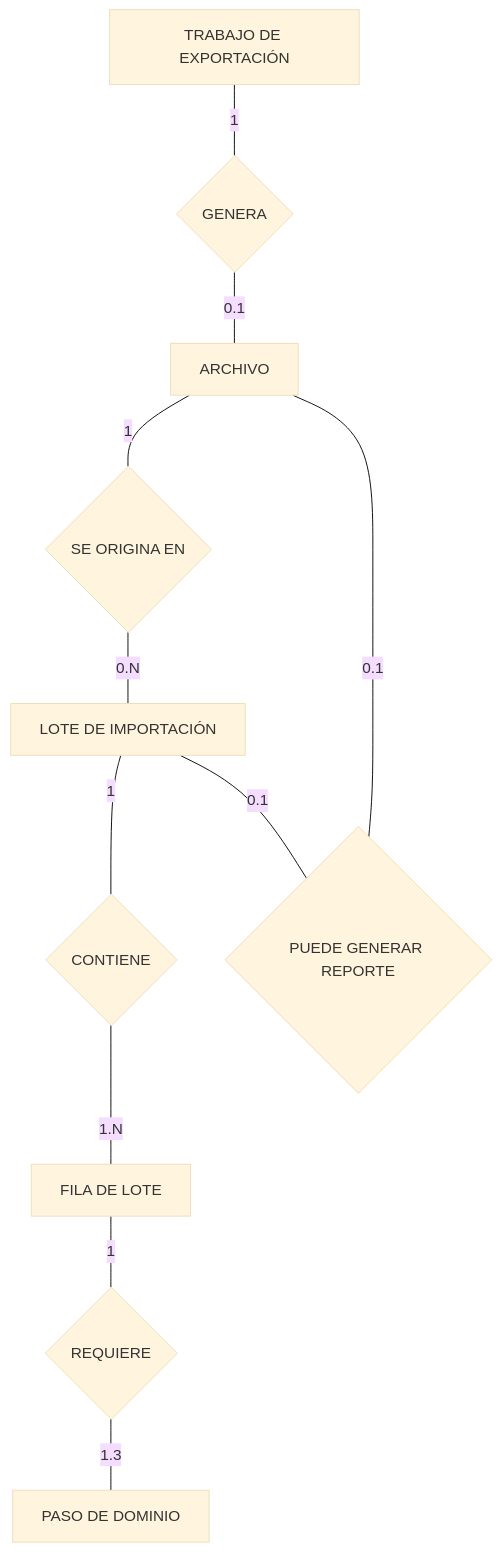
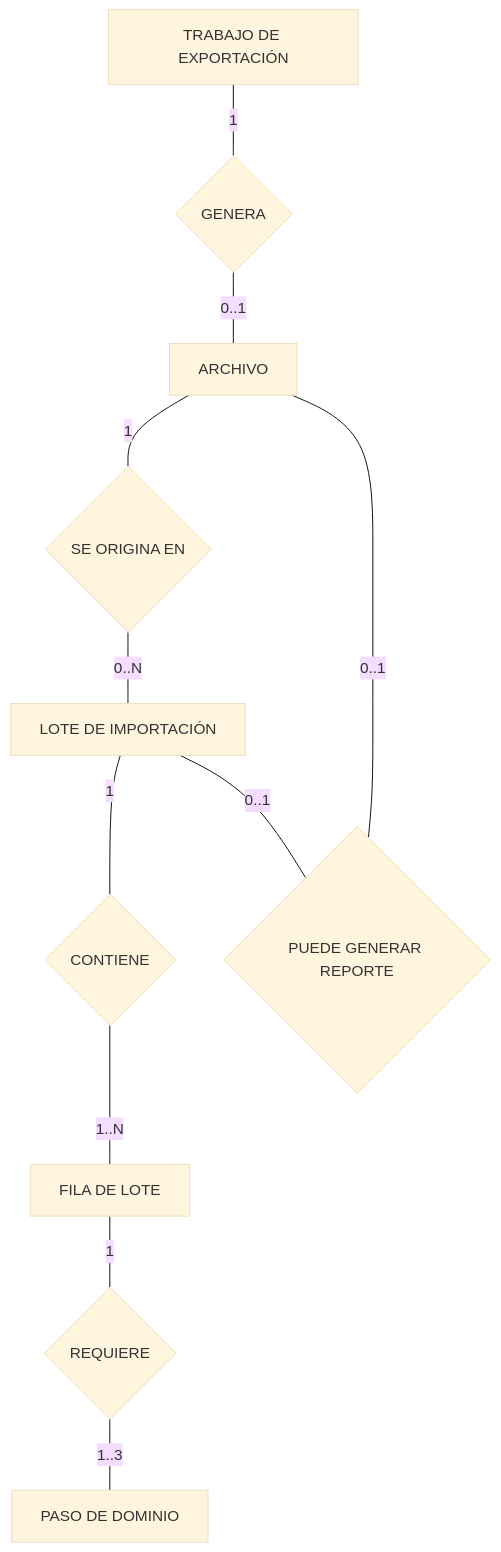
One commit to Taller-SW-Web/G6-Productos-Ofertas-docs changed the tenth of 10 diagrams in Modelo_Conceptual.md. Above: the diagram before and after it, drawn with Mermaid (base theme). The commit also changed other lines of this file and 11 other files, not shown here.

````diff
--- a/Modelo_Conceptual.md
+++ b/Modelo_Conceptual.md
@@ -1064,29 +1092,29 @@
 ```mermaid
 flowchart TB
   FILE["ARCHIVO"]
   BATCH["LOTE DE IMPORTACIÓN"]
   ROW["FILA DE LOTE"]
   STEP["PASO DE DOMINIO"]
   EXPORT["TRABAJO DE EXPORTACIÓN"]
 
   R_INPUT{"SE ORIGINA EN"}
   R_ROWS{"CONTIENE"}
   R_STEPS{"REQUIERE"}
   R_REPORT{"PUEDE GENERAR REPORTE"}
   R_EXPORT{"GENERA"}
 
   FILE ---|"1"| R_INPUT
-  R_INPUT ---|"0.N"| BATCH
+  R_INPUT ---|"0..N"| BATCH
 
   BATCH ---|"1"| R_ROWS
-  R_ROWS ---|"1.N"| ROW
+  R_ROWS ---|"1..N"| ROW
 
   ROW ---|"1"| R_STEPS
-  R_STEPS ---|"1.3"| STEP
+  R_STEPS ---|"1..3"| STEP
 
-  BATCH ---|"0.1"| R_REPORT
-  R_REPORT ---|"0.1"| FILE
+  BATCH ---|"0..1"| R_REPORT
+  R_REPORT ---|"0..1"| FILE
 
   EXPORT ---|"1"| R_EXPORT
-  R_EXPORT ---|"0.1"| FILE
+  R_EXPORT ---|"0..1"| FILE
 ```
````
